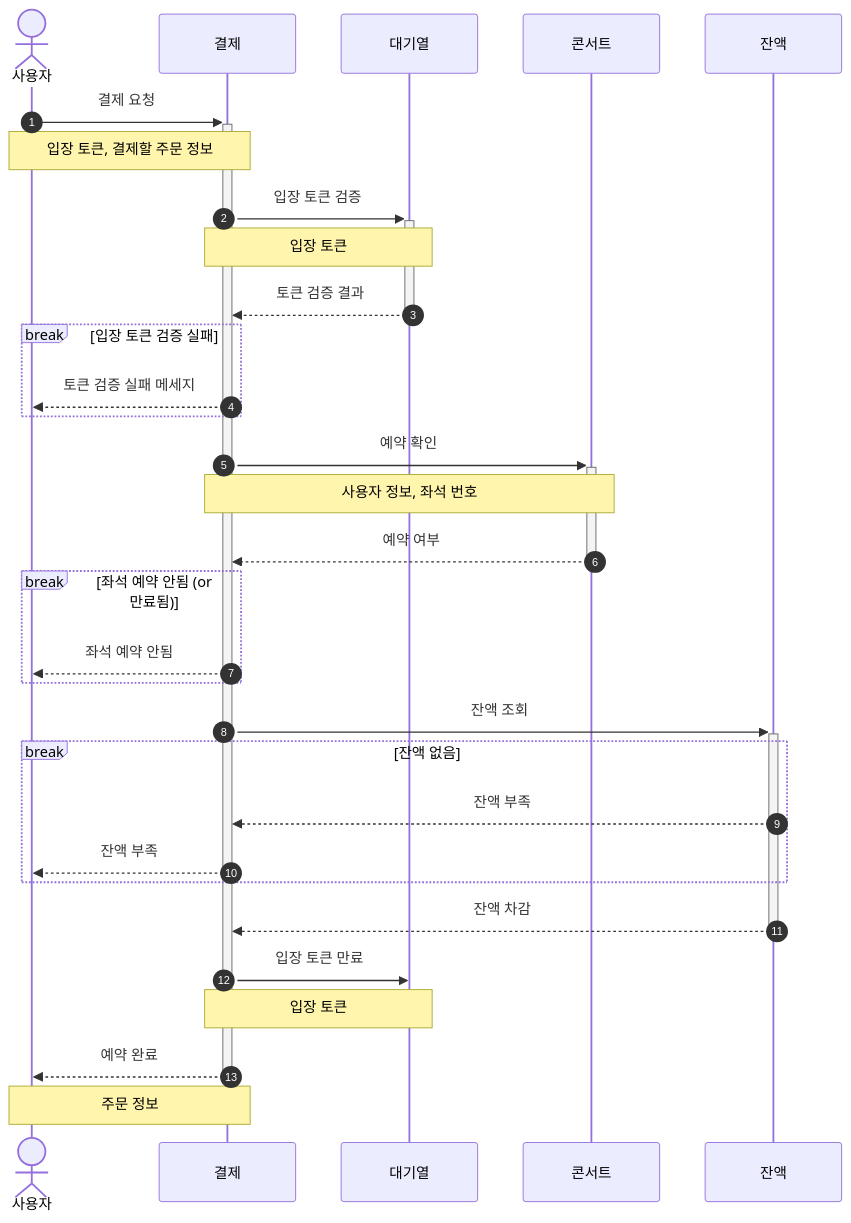
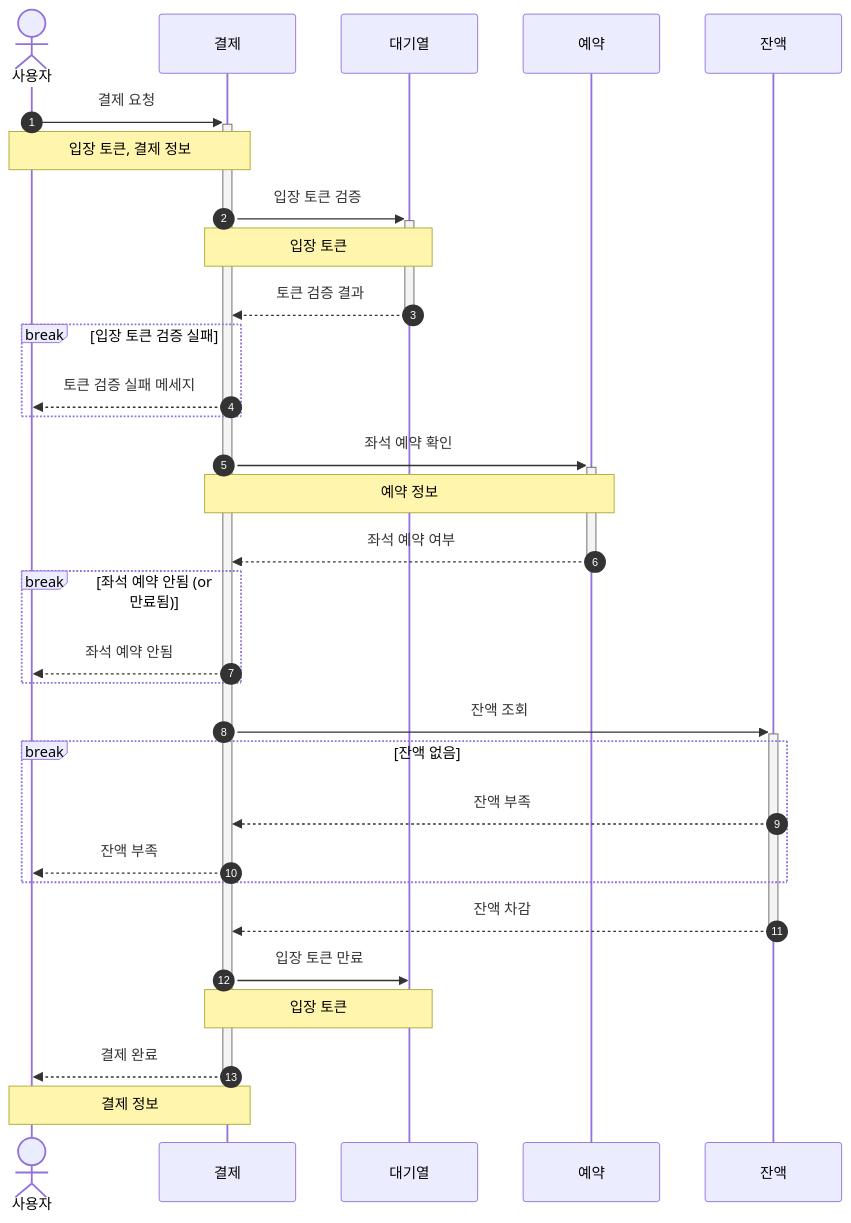
One commit to YoungWonBackendStudy/HHPlus-Concert-Reservation changed the ninth of 14 diagrams in README.md. Above: the diagram before and after it, drawn with Mermaid. The commit also changed other lines of this file, not shown here.

````diff
--- a/README.md
+++ b/README.md
@@ -118,36 +118,36 @@
 ```mermaid
 sequenceDiagram
     autonumber
     actor 사용자
 
     사용자 ->>+ 결제: 결제 요청
-    Note over 사용자, 결제: 입장 토큰, 결제할 주문 정보
+    Note over 사용자, 결제: 입장 토큰, 결제 정보
 
     결제 ->>+ 대기열: 입장 토큰 검증
     Note over 결제, 대기열: 입장 토큰
     대기열 -->>- 결제: 토큰 검증 결과
     break 입장 토큰 검증 실패
         결제 -->> 사용자: 토큰 검증 실패 메세지
     end
 
-    결제 ->>+ 콘서트: 예약 확인
-    Note over 결제, 콘서트: 사용자 정보, 좌석 번호
-    콘서트 -->>- 결제: 예약 여부
+    결제 ->>+ 예약: 좌석 예약 확인
+    Note over 결제, 예약: 예약 정보
+    예약 -->>- 결제: 좌석 예약 여부
 
     break 좌석 예약 안됨 (or 만료됨)
         결제 -->> 사용자: 좌석 예약 안됨
     end
 
     결제 ->>+ 잔액: 잔액 조회
 
     break 잔액 없음
         잔액 -->> 결제: 잔액 부족
         결제 -->> 사용자: 잔액 부족
     end
 
     잔액 -->>- 결제: 잔액 차감
     결제 ->> 대기열: 입장 토큰 만료
     Note over 결제, 대기열: 입장 토큰
-    결제 -->>- 사용자: 예약 완료
-    Note over 사용자, 결제: 주문 정보
+    결제 -->>- 사용자: 결제 완료
+    Note over 사용자, 결제: 결제 정보
 ```
````
